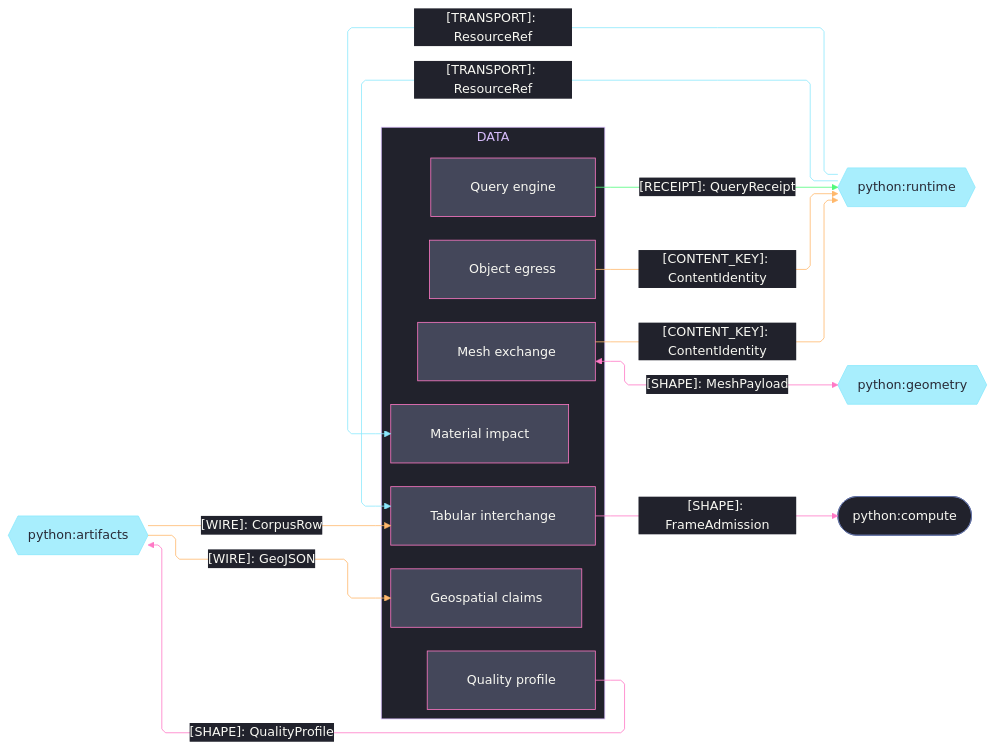
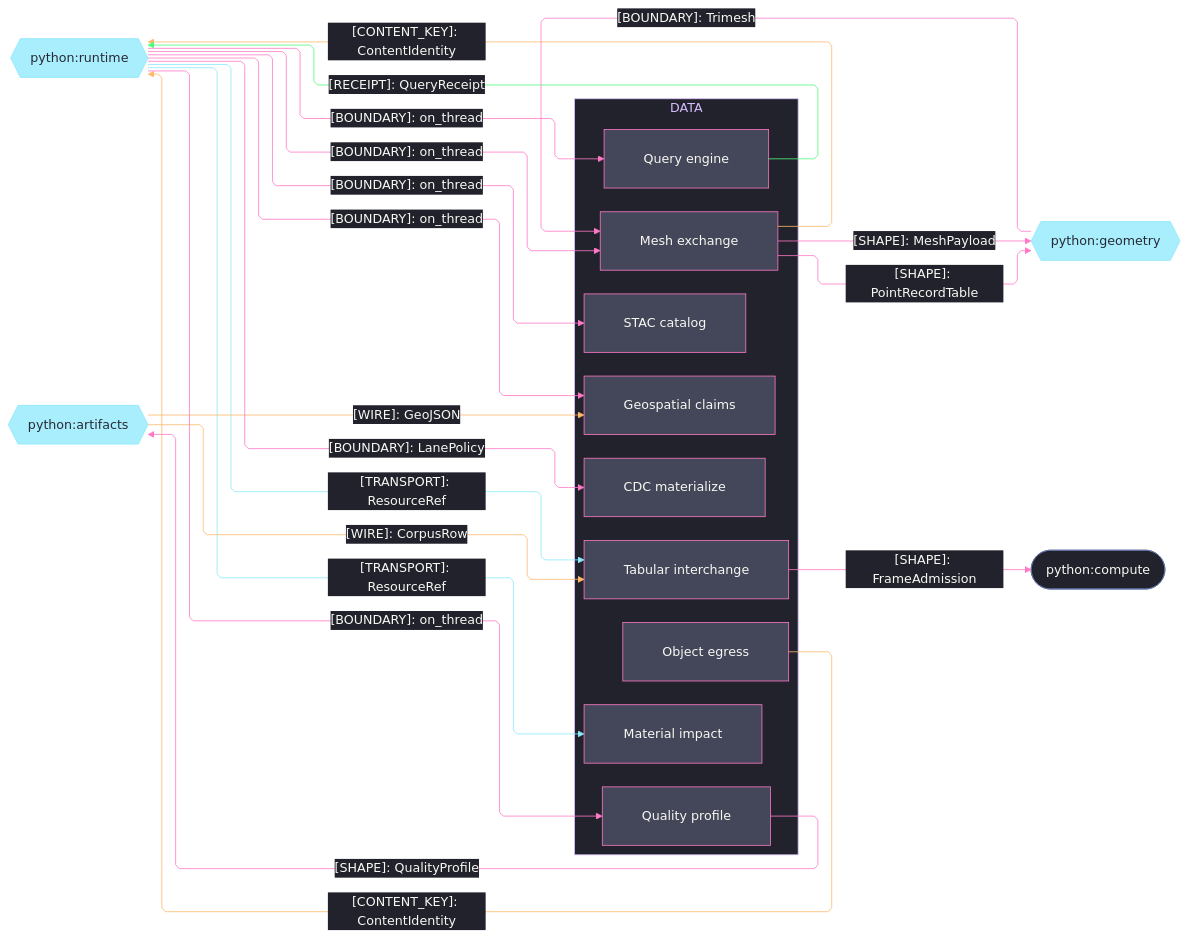
Before and after one commit to bsamiee/Rasm: the first of 3 diagrams in libs/python/data/ARCHITECTURE.md, drawn with Mermaid. The commit also changed other lines of this file and 24 other files, not shown here.

Commit message:
architecture: seam registries + codemaps aligned across the estate (worker fabric edges, scene rows, csharp/ts seam mirrors)

````diff
--- a/libs/python/data/ARCHITECTURE.md
+++ b/libs/python/data/ARCHITECTURE.md
@@ -37,68 +37,78 @@
 ```mermaid
 ---
 config:
   theme: base
   look: classic
   layout: elk
   flowchart:
     curve: linear
     padding: 25
   themeVariables:
     darkMode: true
     fontFamily: "SF Mono, Menlo, Cascadia Mono, Segoe UI Mono, Consolas, monospace"
     useGradient: false
     dropShadow: "none"
     background: "#282A36"
     primaryColor: "#44475A"
     primaryTextColor: "#F8F8F2"
     primaryBorderColor: "#BD93F9"
     lineColor: "#FF79C6"
     textColor: "#F8F8F2"
     clusterBkg: "#21222C"
     clusterBorder: "#D6BCFA"
     edgeLabelBackground: "#21222C"
     labelBackgroundColor: "#21222C"
     titleColor: "#D6BCFA"
   themeCSS: ".nodeLabel{font-size:13px;font-weight:500}.edgeLabel{font-size:12px;font-weight:500}.cluster-label .nodeLabel{font-size:13.5px;font-weight:700;letter-spacing:.08em}.edge-thickness-normal{stroke-width:2px}.edge-thickness-thick{stroke-width:3px}.edge-pattern-dashed,.edge-pattern-dotted{stroke-width:1.5px;stroke-dasharray:4 6}.node rect,.node circle,.node polygon,.node path,.node .outer-path{stroke-width:1.5px;filter:none!important}.cluster rect{stroke-width:1px!important;stroke-dasharray:5 4!important;filter:none!important}.marker path{transform:scale(.8);transform-origin:5px 5px}.marker circle{transform:scale(.48);transform-origin:5px 5px}.edgeLabel rect{transform-box:fill-box;transform-origin:center;transform:scale(1.1,1.2)}"
 ---
 flowchart LR
     accTitle: Data package Python-peer seam registry
     accDescr: Data sub-domain owners exchanging content identity, transport, receipts, wires, and frame shapes with the Python runtime, artifacts, geometry, and compute siblings, edge rails colored by kind and nodes classed by seam direction.
     subgraph data[DATA]
         Tabular[Tabular interchange]
         Egress[Object egress]
         Query[Query engine]
+        Materialize[CDC materialize]
         Profile[Quality profile]
         Geospatial[Geospatial claims]
+        Catalog[STAC catalog]
         Mesh[Mesh exchange]
         Impact[Material impact]
     end
     Runtime{{python:runtime}}
     Artifacts{{python:artifacts}}
     Geometry{{python:geometry}}
     Compute([python:compute])
     Egress e1@-->|"[CONTENT_KEY]: ContentIdentity"| Runtime
     Mesh e2@-->|"[CONTENT_KEY]: ContentIdentity"| Runtime
     Query e3@-->|"[RECEIPT]: QueryReceipt"| Runtime
     Runtime e4@-->|"[TRANSPORT]: ResourceRef"| Tabular
     Runtime e5@-->|"[TRANSPORT]: ResourceRef"| Impact
     Artifacts e6@-->|"[WIRE]: CorpusRow"| Tabular
     Profile e7@-->|"[SHAPE]: QualityProfile"| Artifacts
     Artifacts e8@-->|"[WIRE]: GeoJSON"| Geospatial
-    Mesh e9@<-->|"[SHAPE]: MeshPayload"| Geometry
+    Mesh e9@-->|"[SHAPE]: MeshPayload"| Geometry
+    Mesh e15@-->|"[SHAPE]: PointRecordTable"| Geometry
+    Geometry e16@-->|"[BOUNDARY]: Trimesh"| Mesh
     Tabular e10@-->|"[SHAPE]: FrameAdmission"| Compute
+    Runtime e11@-->|"[BOUNDARY]: on_thread"| Query
+    Runtime e12@-->|"[BOUNDARY]: on_thread"| Geospatial
+    Runtime e13@-->|"[BOUNDARY]: on_thread"| Mesh
+    Runtime e14@-->|"[BOUNDARY]: on_thread"| Profile
+    Runtime e17@-->|"[BOUNDARY]: LanePolicy"| Materialize
+    Runtime e18@-->|"[BOUNDARY]: on_thread"| Catalog
     classDef primary fill:#44475A,stroke:#FF79C6,color:#F8F8F2
     classDef external fill:#8BE9FDBF,stroke:#8BE9FD,color:#282A36
-    classDef annotation fill:#21222C,stroke:#6272A4,color:#F8F8F2
+    classDef recessed fill:#21222C,stroke:#6272A4,color:#F8F8F2
     classDef edgeData stroke:#FFB86C,color:#F8F8F2
     classDef edgeSuccess stroke:#50FA7B,color:#F8F8F2
     classDef edgeExternal stroke:#8BE9FD,color:#F8F8F2
     classDef edgeControl stroke:#FF79C6,color:#F8F8F2
-    class Tabular,Egress,Query,Profile,Geospatial,Mesh,Impact primary
+    class Tabular,Egress,Query,Materialize,Profile,Geospatial,Catalog,Mesh,Impact primary
     class Runtime,Artifacts,Geometry external
-    class Compute annotation
+    class Compute recessed
     class e1,e2,e6,e8 edgeData
     class e3 edgeSuccess
     class e4,e5 edgeExternal
-    class e7,e9,e10 edgeControl
+    class e7,e9,e10,e11,e12,e13,e14,e15,e16,e17,e18 edgeControl
 ```
````
